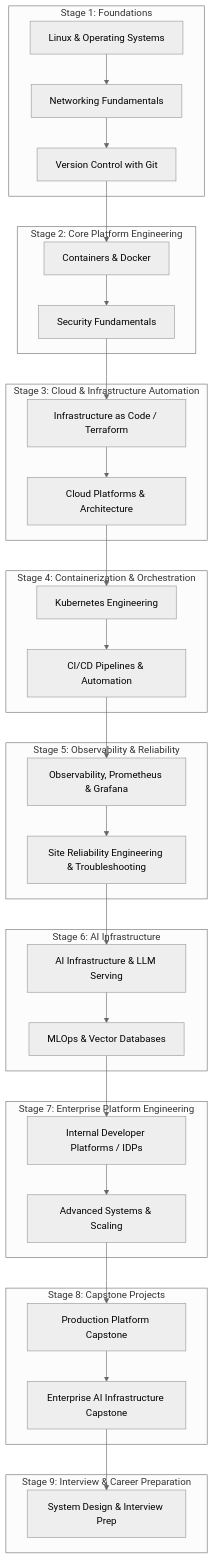
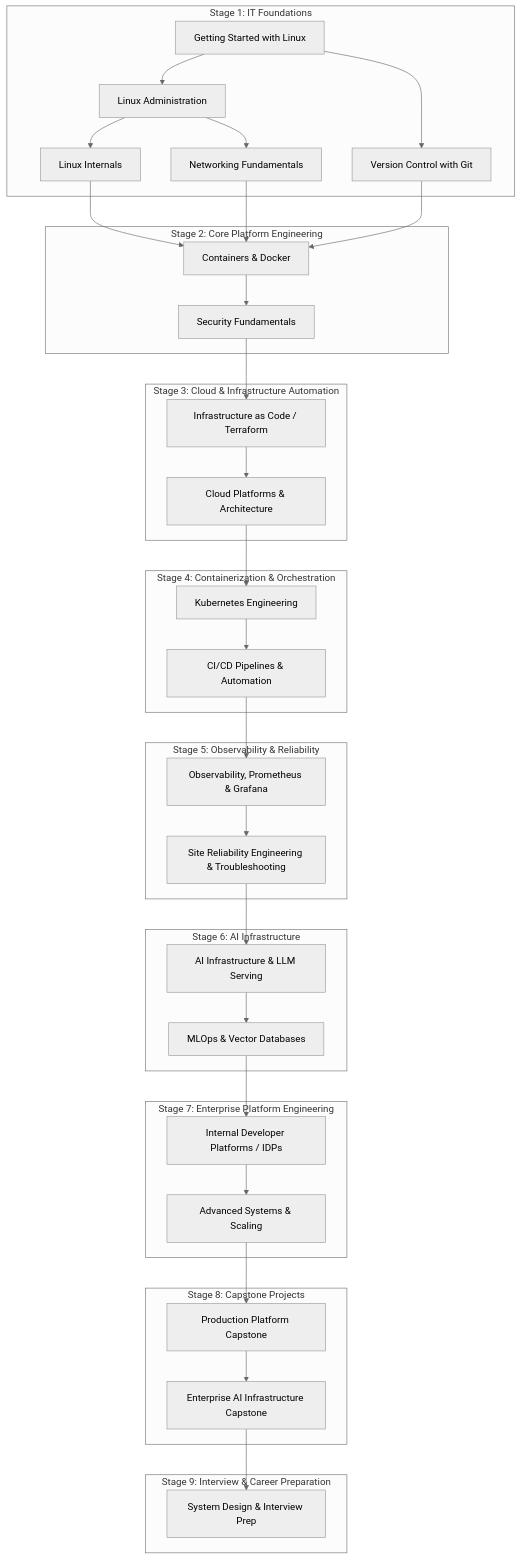
Before and after one commit to aloysiuspattath/platform-engineering-ai-course: the diagram in curriculum/roadmap.md, drawn with Mermaid (neutral theme). The commit also changed other lines of this file and 11 other files, not shown here.

````diff
--- a/curriculum/roadmap.md
+++ b/curriculum/roadmap.md
@@ -17,46 +17,50 @@
 ```mermaid
 flowchart TD
-    subgraph S1 [Stage 1: Foundations]
-        L1[Linux & Operating Systems] --> N1[Networking Fundamentals]
-        N1 --> V1[Version Control with Git]
+    subgraph S1 [Stage 1: IT Foundations]
+        L1[Getting Started with Linux] --> L2[Linux Administration]
+        L2 --> L3[Linux Internals]
+        L2 --> N1[Networking Fundamentals]
+        L1 --> V1[Version Control with Git]
     end
 
     subgraph S2 [Stage 2: Core Platform Engineering]
-        V1 --> C1[Containers & Docker]
+        L3 --> C1[Containers & Docker]
+        N1 --> C1
+        V1 --> C1
         C1 --> S2_SEC[Security Fundamentals]
     end
 
     subgraph S3 [Stage 3: Cloud & Infrastructure Automation]
         S2_SEC --> IAC[Infrastructure as Code / Terraform]
         IAC --> CP[Cloud Platforms & Architecture]
     end
 
     subgraph S4 [Stage 4: Containerization & Orchestration]
         CP --> K8S[Kubernetes Engineering]
         K8S --> CICD[CI/CD Pipelines & Automation]
     end
 
     subgraph S5 [Stage 5: Observability & Reliability]
         CICD --> OBS[Observability, Prometheus & Grafana]
         OBS --> SRE[Site Reliability Engineering & Troubleshooting]
     end
 
     subgraph S6 [Stage 6: AI Infrastructure]
         SRE --> AI_INFRA[AI Infrastructure & LLM Serving]
         AI_INFRA --> MLOPS[MLOps & Vector Databases]
     end
 
     subgraph S7 [Stage 7: Enterprise Platform Engineering]
         MLOPS --> IDP[Internal Developer Platforms / IDPs]
         IDP --> ADV_ARCH[Advanced Systems & Scaling]
     end
 
     subgraph S8 [Stage 8: Capstone Projects]
         ADV_ARCH --> CAP1[Production Platform Capstone]
         CAP1 --> CAP2[Enterprise AI Infrastructure Capstone]
     end
 
     subgraph S9 [Stage 9: Interview & Career Preparation]
         CAP2 --> INT[System Design & Interview Prep]
     end
 ```
````
